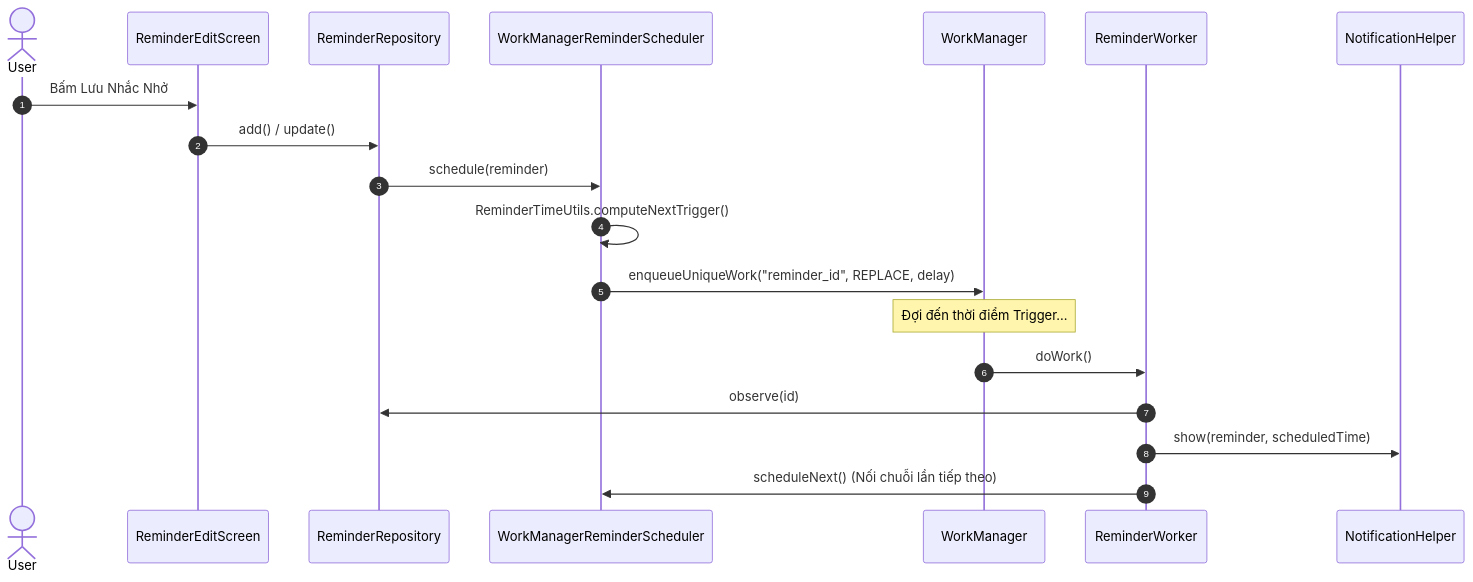
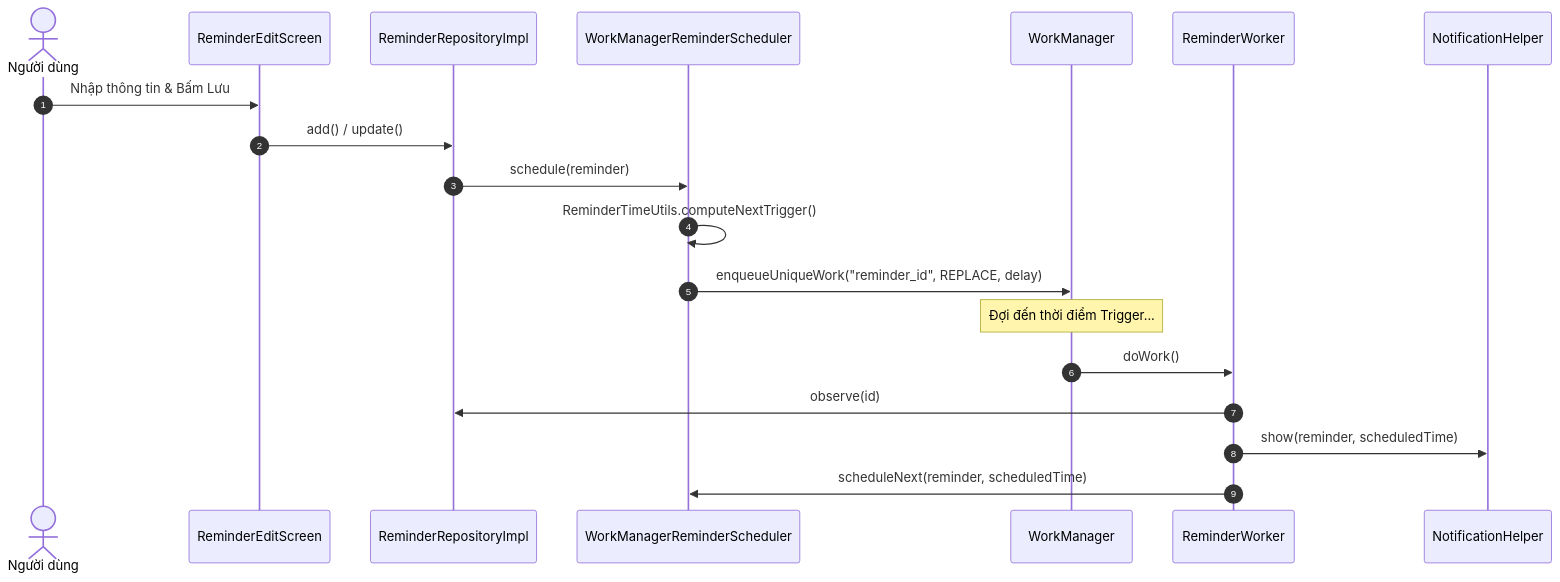
The second of 4 diagrams in PROJECT_DOCUMENTATION.md (trung150704/WorkManager), drawn with Mermaid before and after one commit. The commit also changed other lines of this file and 19 other files, not shown here.

````diff
--- a/PROJECT_DOCUMENTATION.md
+++ b/PROJECT_DOCUMENTATION.md
@@ -194,22 +305,22 @@
 ```mermaid
 sequenceDiagram
     autonumber
-    actor User
+    actor User as Người dùng
     participant UI as ReminderEditScreen
-    participant Repo as ReminderRepository
+    participant Repo as ReminderRepositoryImpl
     participant Scheduler as WorkManagerReminderScheduler
     participant WM as WorkManager
     participant Worker as ReminderWorker
     participant Notif as NotificationHelper
 
-    User->>UI: Bấm Lưu Nhắc Nhở
+    User->>UI: Nhập thông tin & Bấm Lưu
     UI->>Repo: add() / update()
     Repo->>Scheduler: schedule(reminder)
     Scheduler->>Scheduler: ReminderTimeUtils.computeNextTrigger()
     Scheduler->>WM: enqueueUniqueWork("reminder_id", REPLACE, delay)
     Note over WM: Đợi đến thời điểm Trigger...
     WM->>Worker: doWork()
     Worker->>Repo: observe(id)
     Worker->>Notif: show(reminder, scheduledTime)
-    Worker->>Scheduler: scheduleNext() (Nối chuỗi lần tiếp theo)
+    Worker->>Scheduler: scheduleNext(reminder, scheduledTime)
 ```
````
